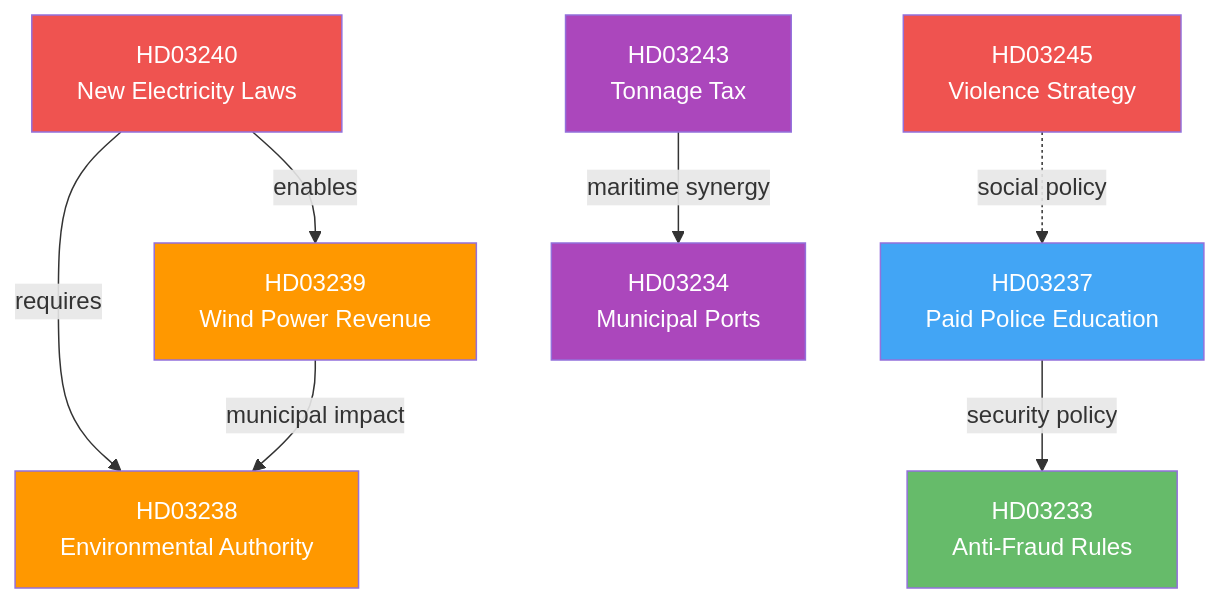
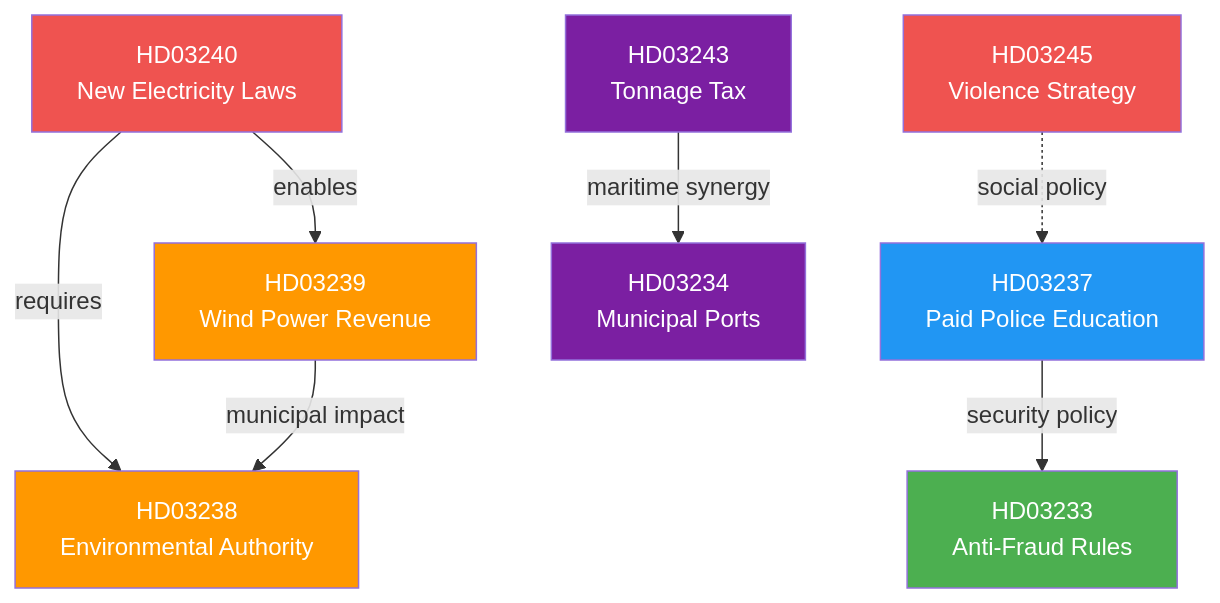
The diagram in analysis/daily/2026-04-15/propositions/synthesis-summary.md (Hack23/riksdagsmonitor), drawn with Mermaid before and after one commit. The commit also changed 121 other files, not shown here.

````diff
--- a/analysis/daily/2026-04-15/propositions/synthesis-summary.md
+++ b/analysis/daily/2026-04-15/propositions/synthesis-summary.md
@@ -55,17 +55,17 @@
 ```mermaid
 graph TD
     A[HD03240<br/>New Electricity Laws] -->|enables| B[HD03239<br/>Wind Power Revenue]
     A -->|requires| C[HD03238<br/>Environmental Authority]
     B -->|municipal impact| C
     D[HD03237<br/>Paid Police Education] -->|security policy| E[HD03233<br/>Anti-Fraud Rules]
     F[HD03243<br/>Tonnage Tax] -->|maritime synergy| G[HD03234<br/>Municipal Ports]
     H[HD03245<br/>Violence Strategy] -.->|social policy| D
     style A fill:#EF5350,color:#FFFFFF
     style B fill:#FF9800,color:#FFFFFF
     style C fill:#FF9800,color:#FFFFFF
-    style D fill:#42a5f5,color:#FFFFFF
-    style E fill:#66bb6a,color:#FFFFFF
-    style F fill:#ab47bc,color:#FFFFFF
-    style G fill:#ab47bc,color:#FFFFFF
-    style H fill:#ef5350,color:#FFFFFF
+    style D fill:#2196F3,color:#FFFFFF
+    style E fill:#4CAF50,color:#FFFFFF
+    style F fill:#7B1FA2,color:#FFFFFF
+    style G fill:#7B1FA2,color:#FFFFFF
+    style H fill:#EF5350,color:#FFFFFF
 ```
````
